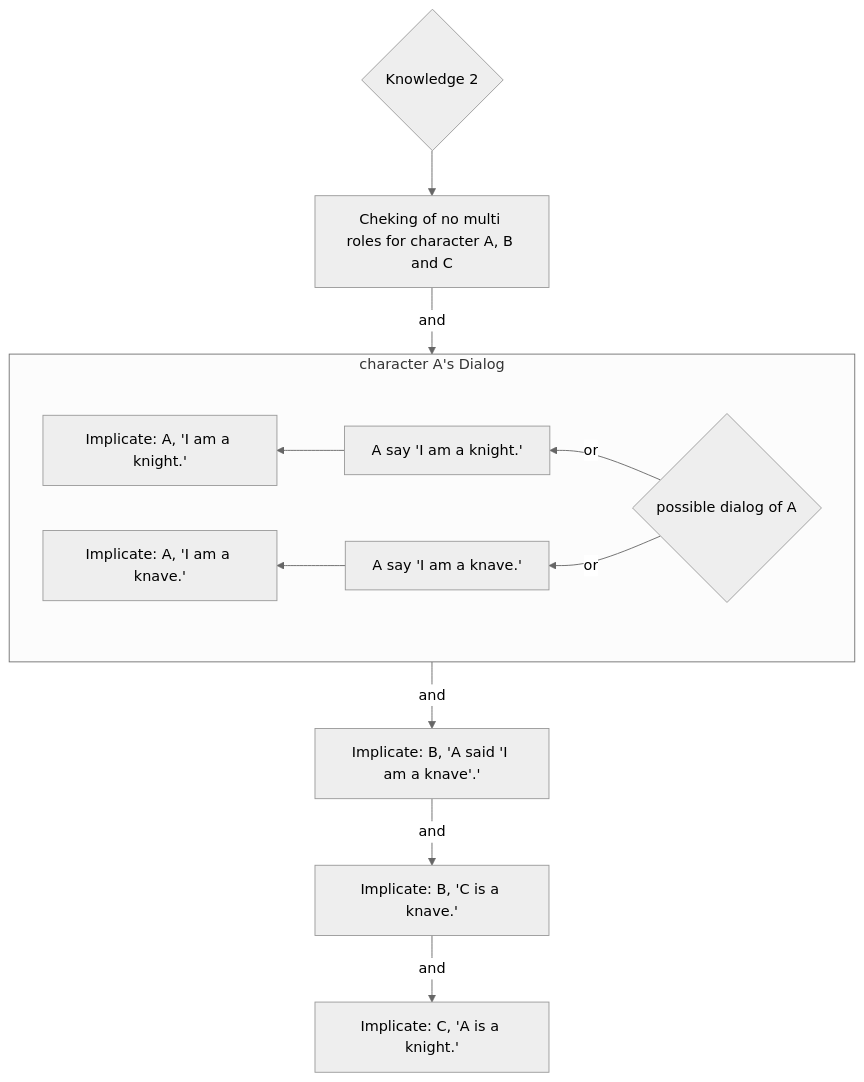
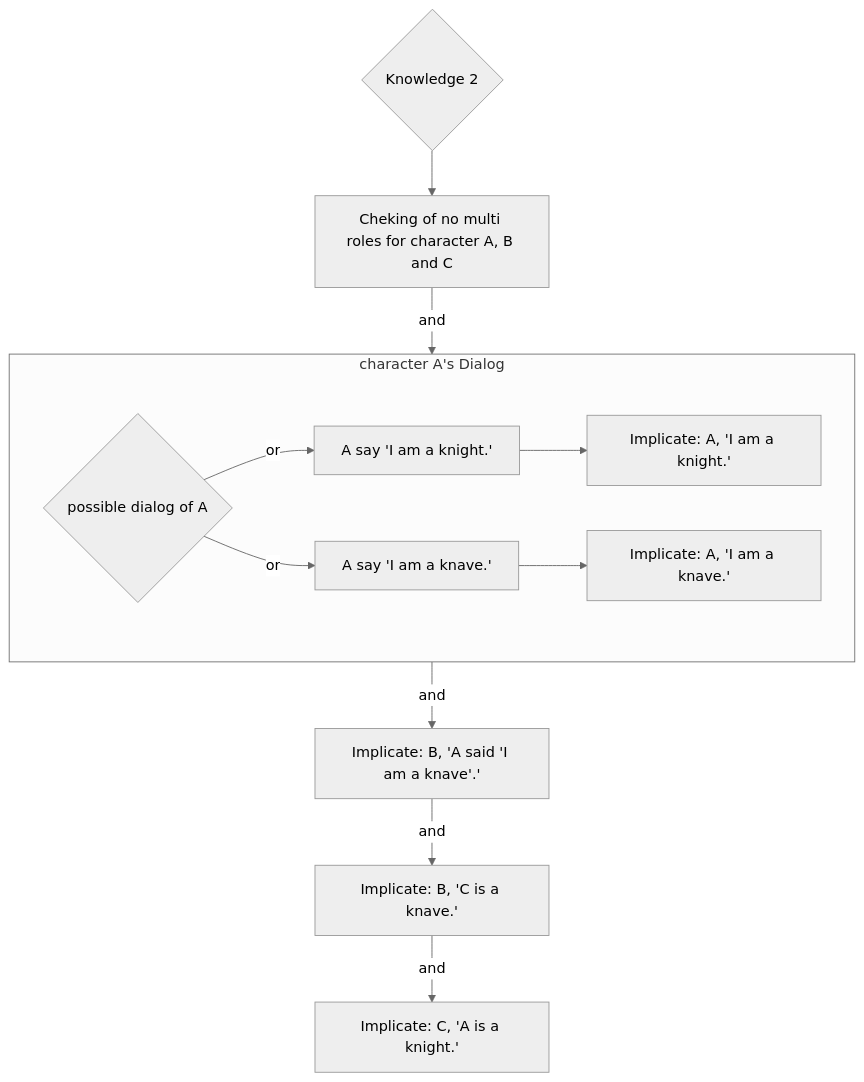
The seventh of 7 diagrams in week1/README.md (zihanshen0112-collab/CS50AI), drawn with Mermaid (neutral theme) before and after one commit. The commit also changed other lines of this file, not shown here.

Commit message:
solving the issue of graphs not display

````diff
--- a/week1/README.md
+++ b/week1/README.md
@@ -147,15 +147,15 @@
 ```mermaid
 graph TD
 A{Knowledge 2} --> B[Cheking of no multi roles for character A, B and C]
     subgraph Da[character A's Dialog]
-        direction RL
+        direction LR
         As1{possible dialog of A} -- or --> Bs1[A say 'I am a knight.']
         As1 -- or --> Cs1[A say 'I am a knave.']
         Bs1 --> Ds1[Implicate: A, 'I am a knight.']
         Cs1 --> Es1[Implicate: A, 'I am a knave.']
     end
 B -- and --> Da
 Da -- and --> E[Implicate: B, 'A said 'I am a knave'.']
 E -- and --> F[Implicate: B, 'C is a knave.']
 F -- and --> G[Implicate: C, 'A is a knight.']
 ```
````
